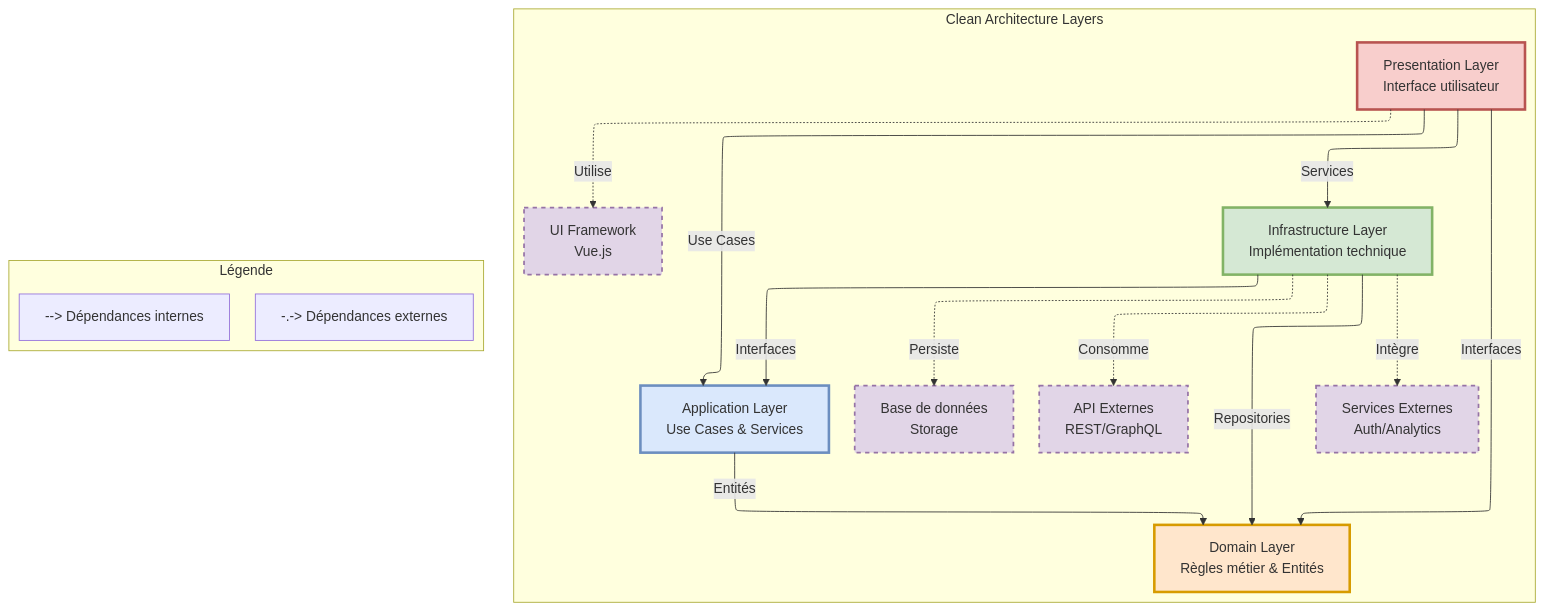
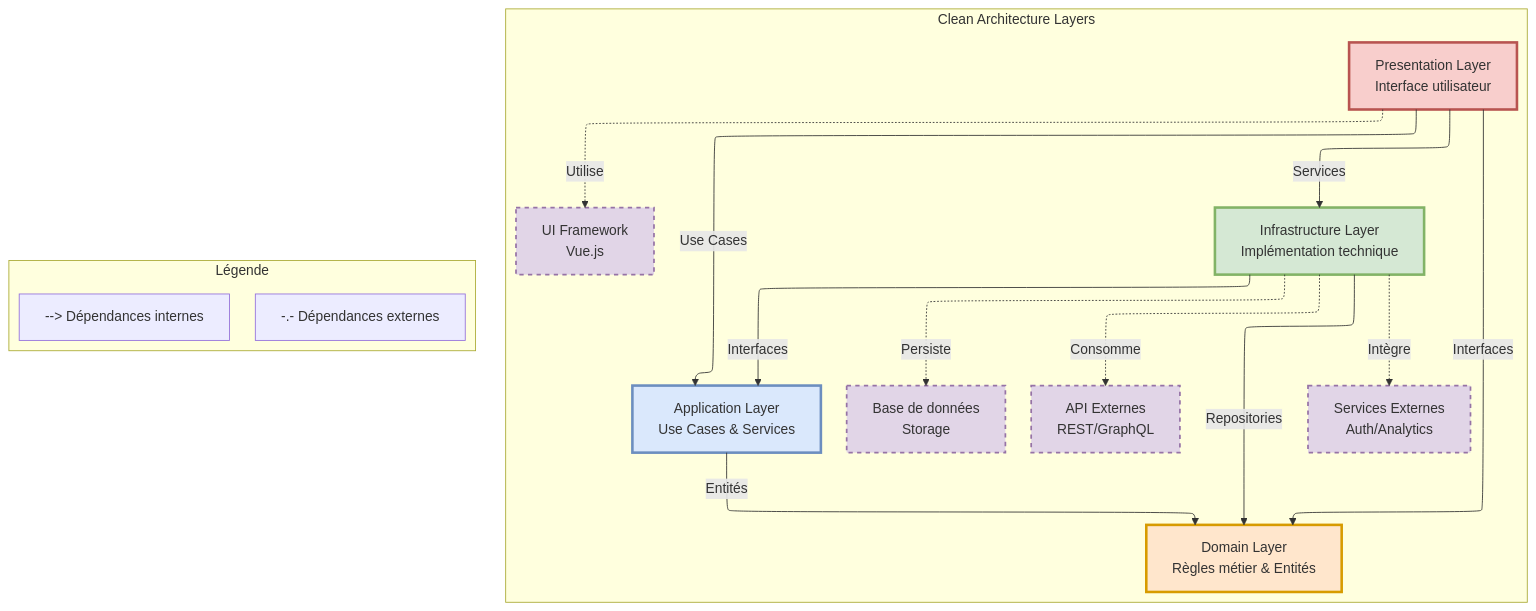
One commit to giak/user-story-mapping-clean changed the third of 4 diagrams in docs/clean-architecture/03-structure/01-global-organization.md. Above: the diagram before and after it, drawn with Mermaid. The commit also changed other lines of this file and 18 other files, not shown here.

````diff
--- a/docs/clean-architecture/03-structure/01-global-organization.md
+++ b/docs/clean-architecture/03-structure/01-global-organization.md
@@ -264,56 +390,56 @@
 ```mermaid
 ---
 config:
   layout: elk
 ---
 graph TB
     subgraph "Clean Architecture Layers"
         direction TB
-        
+
         %% Nodes internes
         P[Presentation Layer<br>Interface utilisateur]
         I[Infrastructure Layer<br>Implémentation technique]
         A[Application Layer<br>Use Cases & Services]
         D[Domain Layer<br>Règles métier & Entités]
 
         %% Nodes externes
         UI[UI Framework<br>Vue.js]
         API[API Externes<br>REST/GraphQL]
         DB[Base de données<br>Storage]
         EXT[Services Externes<br>Auth/Analytics]
 
         %% Styling
         classDef domain fill:#FFE6CC,stroke:#D79B00,stroke-width:3px
         classDef application fill:#DAE8FC,stroke:#6C8EBF,stroke-width:3px
         classDef infrastructure fill:#D5E8D4,stroke:#82B366,stroke-width:3px
         classDef presentation fill:#F8CECC,stroke:#B85450,stroke-width:3px
         classDef external fill:#E1D5E7,stroke:#9673A6,stroke-width:2px,stroke-dasharray: 5 5
 
         %% Relations internes (flèches pleines)
         P -->|"Use Cases"| A
         P -->|"Interfaces"| D
         P -->|"Services"| I
         I -->|"Interfaces"| A
         I -->|"Repositories"| D
         A -->|"Entités"| D
 
         %% Relations externes (flèches pointillées)
         P -.->|"Utilise"| UI
         I -.->|"Consomme"| API
         I -.->|"Persiste"| DB
         I -.->|"Intègre"| EXT
 
         %% Apply styles
         class D domain
         class A application
         class I infrastructure
         class P presentation
         class UI,API,DB,EXT external
     end
 
     %% Légende
     subgraph "Légende"
         L1["--> Dépendances internes"]
-        L2["-.-> Dépendances externes"]
+        L2["-.- Dépendances externes"]
     end
 ```
````
